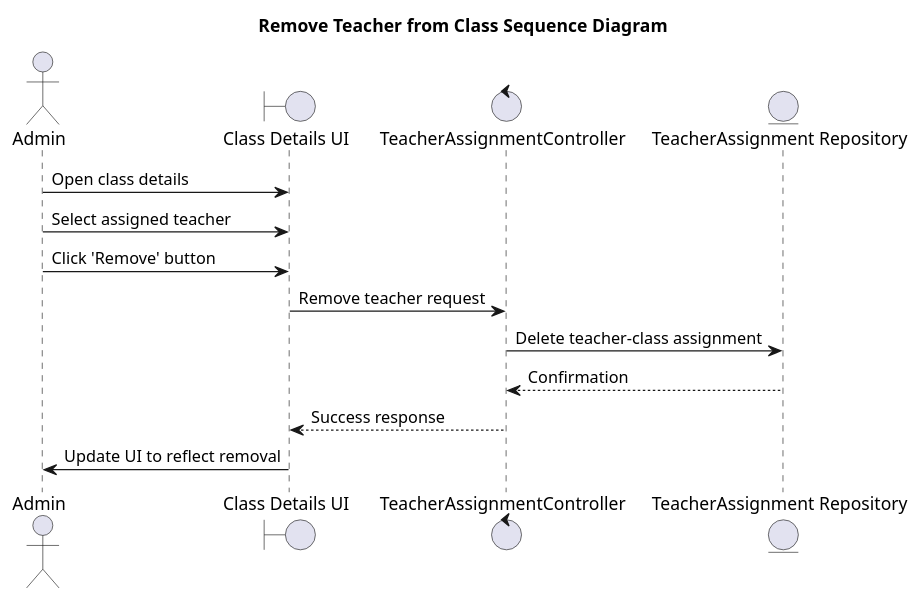
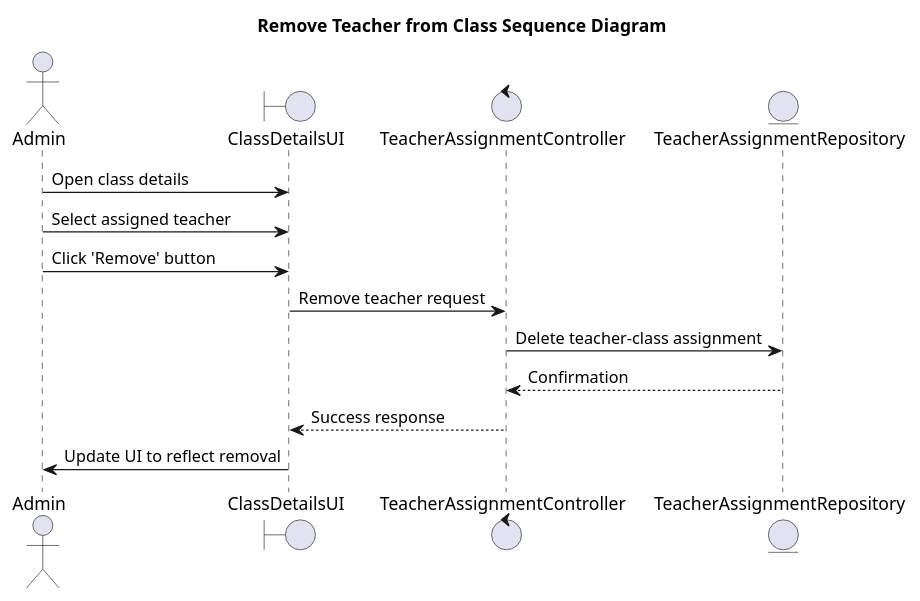
The diagram in docs/2. Diagrams/Sequence diagram/8. ManageTeacher-ClassAssignment/RemoveTeacher.pu (Huangphoux/uit-SE357_requirement), drawn with PlantUML before and after one commit. The commit also changed 41 other files, not shown here.

Commit message:
Add all sequence diagrams

```diff
--- a/docs/2. Diagrams/Sequence diagram/8. ManageTeacher-ClassAssignment/RemoveTeacher.pu
+++ b/docs/2. Diagrams/Sequence diagram/8. ManageTeacher-ClassAssignment/RemoveTeacher.pu
@@ -1,18 +1,18 @@
 @startuml RemoveTeacher
 title Remove Teacher from Class Sequence Diagram
 
 actor Admin
-boundary "Class Details UI"
-control "TeacherAssignmentController"
-entity "TeacherAssignment Repository"
+boundary ClassDetailsUI
+control TeacherAssignmentController
+entity TeacherAssignmentRepository
 
-Admin -> "Class Details UI" : Open class details
-Admin -> "Class Details UI" : Select assigned teacher
-Admin -> "Class Details UI" : Click 'Remove' button
-"Class Details UI" -> "TeacherAssignmentController" : Remove teacher request
-"TeacherAssignmentController" -> "TeacherAssignment Repository" : Delete teacher-class assignment
-"TeacherAssignment Repository" --> "TeacherAssignmentController" : Confirmation
-"TeacherAssignmentController" --> "Class Details UI" : Success response
-"Class Details UI" -> Admin : Update UI to reflect removal
+Admin -> ClassDetailsUI : Open class details
+Admin -> ClassDetailsUI : Select assigned teacher
+Admin -> ClassDetailsUI : Click 'Remove' button
+ClassDetailsUI -> TeacherAssignmentController : Remove teacher request
+TeacherAssignmentController -> TeacherAssignmentRepository : Delete teacher-class assignment
+TeacherAssignmentRepository --> TeacherAssignmentController : Confirmation
+TeacherAssignmentController --> ClassDetailsUI : Success response
+ClassDetailsUI -> Admin : Update UI to reflect removal
 
 @enduml
```
